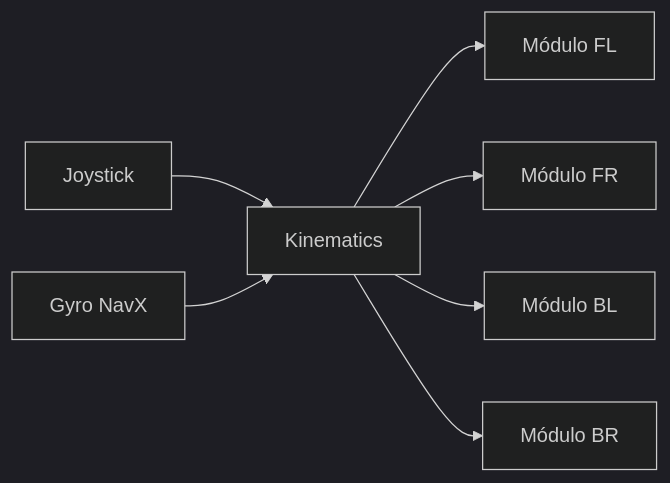
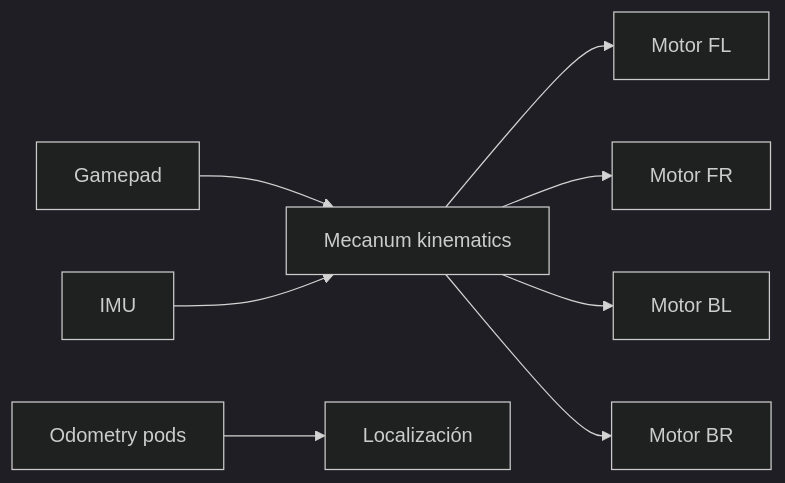
The diagram in content/subsystems/drivetrain.mdx (23140142-MMHT/prueba-techical-1), drawn with Mermaid (dark theme) before and after one commit. The commit also changed other lines of this file and 18 other files, not shown here.

````diff
--- a/content/subsystems/drivetrain.mdx
+++ b/content/subsystems/drivetrain.mdx
@@ -37,9 +44,10 @@
 ```mermaid
 flowchart LR
-  J[Joystick] --> K[Kinematics]
-  K --> M1[Módulo FL]
-  K --> M2[Módulo FR]
-  K --> M3[Módulo BL]
-  K --> M4[Módulo BR]
-  G[Gyro NavX] --> K
+  J[Gamepad] --> K[Mecanum kinematics]
+  IMU[IMU] --> K
+  K --> M1[Motor FL]
+  K --> M2[Motor FR]
+  K --> M3[Motor BL]
+  K --> M4[Motor BR]
+  OD[Odometry pods] --> LOC[Localización]
 ```
````
